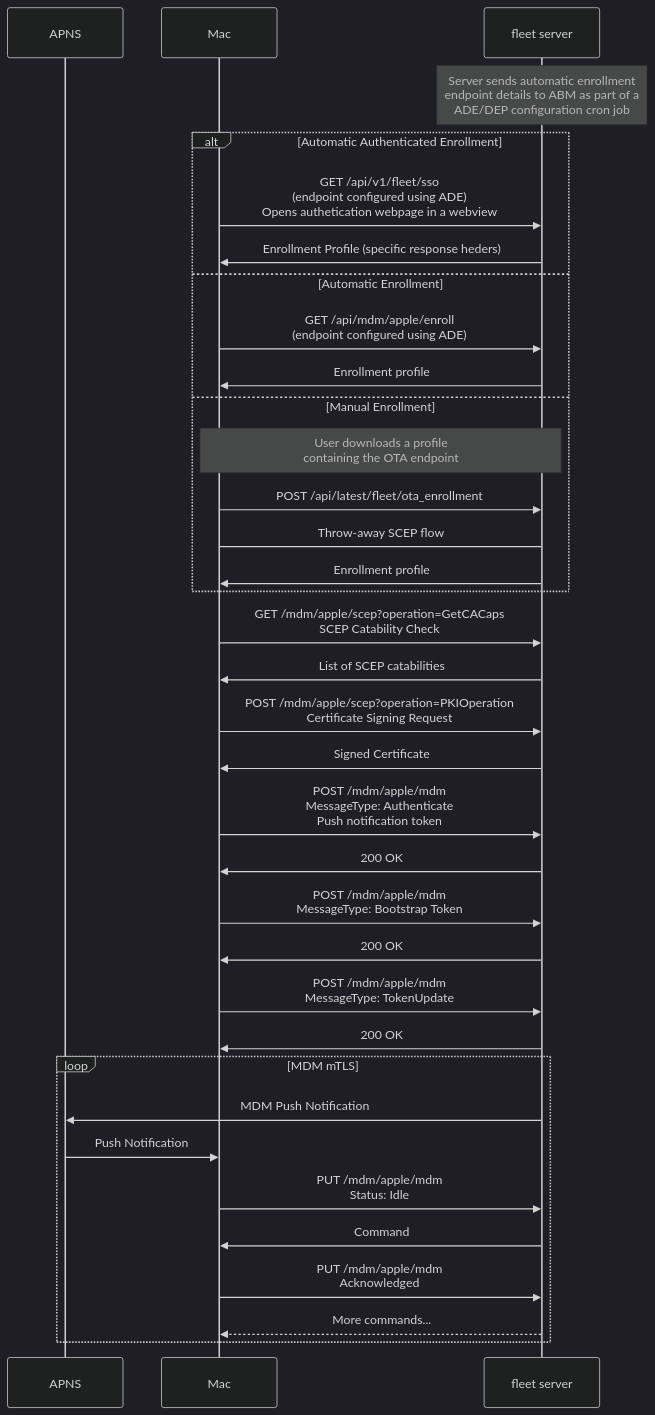
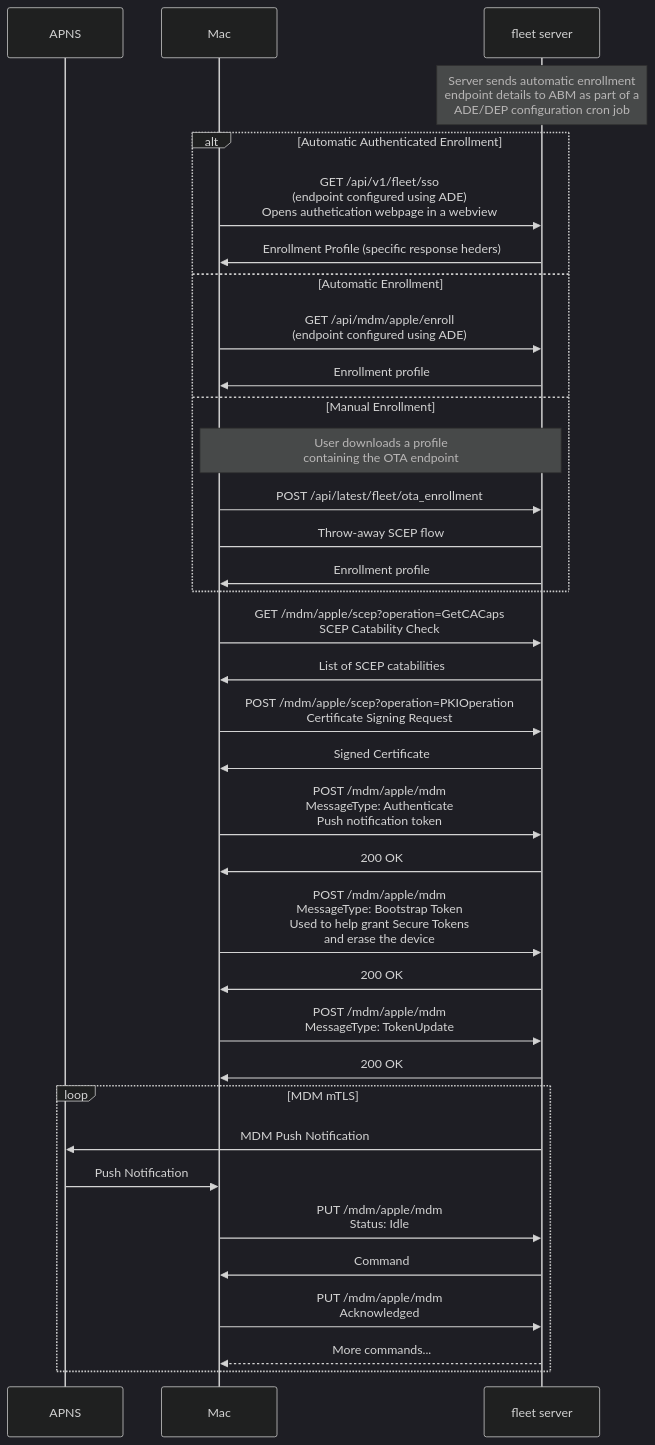
Before and after one commit to fleetdm/fleet: the diagram in tools/mdm/apple/glossary-and-protocols.md, drawn with Mermaid (dark theme).

Commit message:
Add note on Bootstrap Token

````diff
--- a/tools/mdm/apple/glossary-and-protocols.md
+++ b/tools/mdm/apple/glossary-and-protocols.md
@@ -3,44 +3,44 @@
 ```mermaid
 sequenceDiagram
     participant apns as APNS
     participant mac as Mac
     participant server as fleet server
 
     note over server: Server sends automatic enrollment<br/>endpoint details to ABM as part of a<br/>ADE/DEP configuration cron job
     alt Automatic Authenticated Enrollment
         mac->>server: GET /api/v1/fleet/sso<br/>(endpoint configured using ADE)<br/>Opens authetication webpage in a webview
         server->>mac: Enrollment Profile (specific response heders)
     else Automatic Enrollment
         mac->>server: GET /api/mdm/apple/enroll<br/>(endpoint configured using ADE)
         server->>mac: Enrollment profile
     else Manual Enrollment
         note over mac,server: User downloads a profile<br/>containing the OTA endpoint
         mac->>server: POST /api/latest/fleet/ota_enrollment
         mac->server: Throw-away SCEP flow
         server->>mac: Enrollment profile
     end
 
     mac->>server: GET /mdm/apple/scep?operation=GetCACaps<br/>SCEP Catability Check
     server->>mac: List of SCEP catabilities
 
     mac->>server: POST /mdm/apple/scep?operation=PKIOperation<br/>Certificate Signing Request
     server->>mac: Signed Certificate
 
     mac->>server: POST /mdm/apple/mdm<br/>MessageType: Authenticate<br/>Push notification token
     server->>mac: 200 OK
 
-    mac->>server: POST /mdm/apple/mdm<br/>MessageType: Bootstrap Token
+    mac->>server: POST /mdm/apple/mdm<br/>MessageType: Bootstrap Token<br/>Used to help grant Secure Tokens<br/>and erase the device
     server->>mac: 200 OK
 
     mac->>server: POST /mdm/apple/mdm<br/>MessageType: TokenUpdate
     server->>mac: 200 OK
 
     loop MDM mTLS
         server->>apns: MDM Push Notification
         apns->>mac: Push Notification
         mac->>server: PUT /mdm/apple/mdm<br/>Status: Idle
         server->>mac: Command
         mac->>server: PUT /mdm/apple/mdm<br/>Acknowledged
         server-->>mac: More commands...
     end
 ```
````
